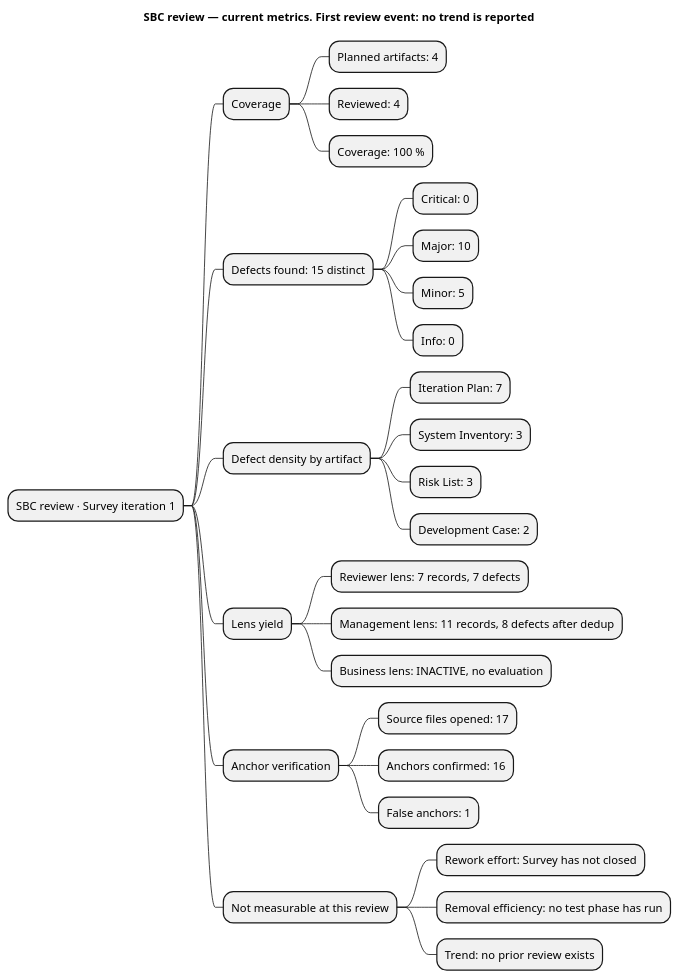
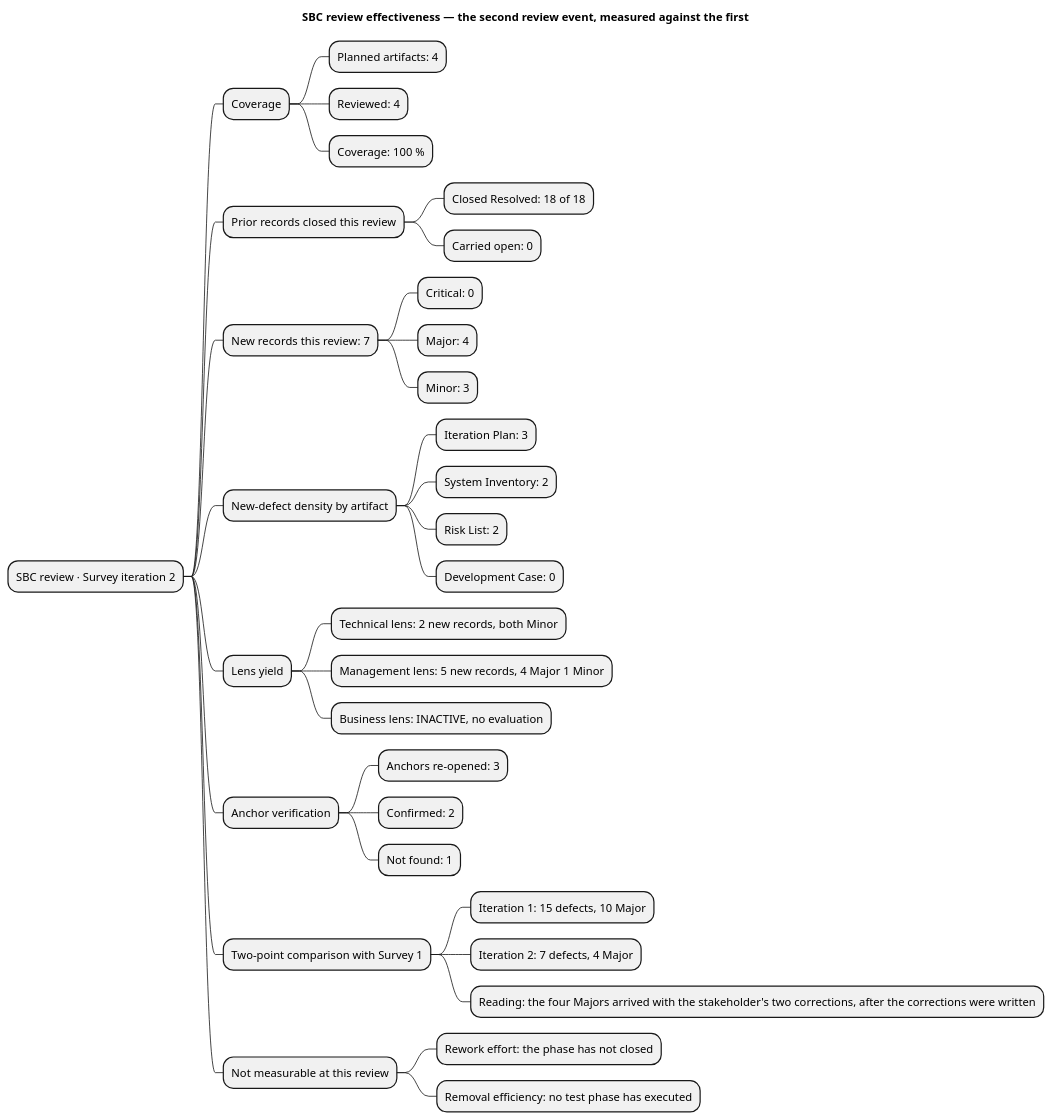
Before and after one commit to banense-test/TodoApp: the fourth of 12 diagrams in docs/artifacts/project-management/review-record.md, drawn with PlantUML. The commit also changed other lines of this file, not shown here.

First line of the commit message:
Review Coordinator [Survey2]: upsert Review Record

````diff
--- a/docs/artifacts/project-management/review-record.md
+++ b/docs/artifacts/project-management/review-record.md
@@ -271,33 +282,38 @@
 ```plantuml
 @startmindmap
 skinparam shadowing false
-title SBC review — current metrics. First review event: no trend is reported
-* SBC review · Survey iteration 1
+title SBC review effectiveness — the second review event, measured against the first
+* SBC review · Survey iteration 2
 ** Coverage
 *** Planned artifacts: 4
 *** Reviewed: 4
 *** Coverage: 100 %
-** Defects found: 15 distinct
+** Prior records closed this review
+*** Closed Resolved: 18 of 18
+*** Carried open: 0
+** New records this review: 7
 *** Critical: 0
-*** Major: 10
-*** Minor: 5
-*** Info: 0
-** Defect density by artifact
-*** Iteration Plan: 7
-*** System Inventory: 3
-*** Risk List: 3
-*** Development Case: 2
+*** Major: 4
+*** Minor: 3
+** New-defect density by artifact
+*** Iteration Plan: 3
+*** System Inventory: 2
+*** Risk List: 2
+*** Development Case: 0
 ** Lens yield
-*** Reviewer lens: 7 records, 7 defects
-*** Management lens: 11 records, 8 defects after dedup
+*** Technical lens: 2 new records, both Minor
+*** Management lens: 5 new records, 4 Major 1 Minor
 *** Business lens: INACTIVE, no evaluation
 ** Anchor verification
-*** Source files opened: 17
-*** Anchors confirmed: 16
-*** False anchors: 1
+*** Anchors re-opened: 3
+*** Confirmed: 2
+*** Not found: 1
+** Two-point comparison with Survey 1
+*** Iteration 1: 15 defects, 10 Major
+*** Iteration 2: 7 defects, 4 Major
+*** Reading: the four Majors arrived with the stakeholder's two corrections, after the corrections were written
 ** Not measurable at this review
-*** Rework effort: Survey has not closed
-*** Removal efficiency: no test phase has run
-*** Trend: no prior review exists
+*** Rework effort: the phase has not closed
+*** Removal efficiency: no test phase has executed
 @endmindmap
 ```
````
